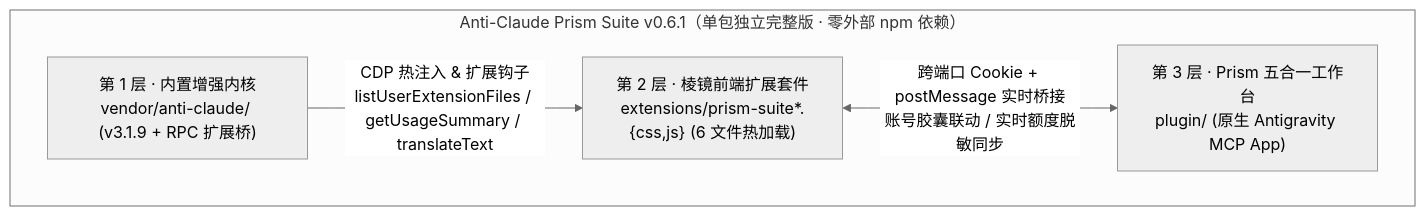
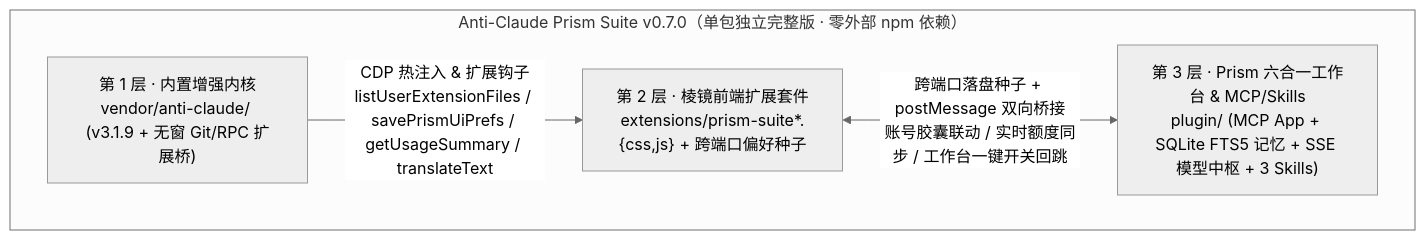
The diagram in README.md (brsbsc/anti-claude-prism-suite), drawn with Mermaid (neutral theme) before and after one commit. The commit also changed other lines of this file and 31 other files, not shown here.

Commit message:
feat(v0.7.0): Model Hub, SQLite FTS5 memory, 12-mascot UX, wide dashboard & Windows polish

````diff
--- a/README.md
+++ b/README.md
@@ -112,11 +114,11 @@
 ```mermaid
 flowchart TB
-  subgraph PKG["Anti-Claude Prism Suite v0.6.1（单包独立完整版 · 零外部 npm 依赖）"]
-    K["第 1 层 · 内置增强内核<br/>vendor/anti-claude/ (v3.1.9 + RPC 扩展桥)"]
-    E["第 2 层 · 棱镜前端扩展套件<br/>extensions/prism-suite*.{css,js} (6 文件热加载)"]
-    P["第 3 层 · Prism 五合一工作台<br/>plugin/ (原生 Antigravity MCP App)"]
+  subgraph PKG["Anti-Claude Prism Suite v0.7.0（单包独立完整版 · 零外部 npm 依赖）"]
+    K["第 1 层 · 内置增强内核<br/>vendor/anti-claude/ (v3.1.9 + 无窗 Git/RPC 扩展桥)"]
+    E["第 2 层 · 棱镜前端扩展套件<br/>extensions/prism-suite*.{css,js} + 跨端口偏好种子"]
+    P["第 3 层 · Prism 六合一工作台 & MCP/Skills<br/>plugin/ (MCP App + SQLite FTS5 记忆 + SSE 模型中枢 + 3 Skills)"]
   end
 
-  K -->|"CDP 热注入 & 扩展钩子<br/>listUserExtensionFiles / getUsageSummary / translateText"| E
-  E <-->|"跨端口 Cookie + postMessage 实时桥接<br/>账号胶囊联动 / 实时额度脱敏同步"| P
+  K -->|"CDP 热注入 & 扩展钩子<br/>listUserExtensionFiles / savePrismUiPrefs / getUsageSummary / translateText"| E
+  E <-->|"跨端口落盘种子 + postMessage 双向桥接<br/>账号胶囊联动 / 实时额度同步 / 工作台一键开关回跳"| P
 ```
````
